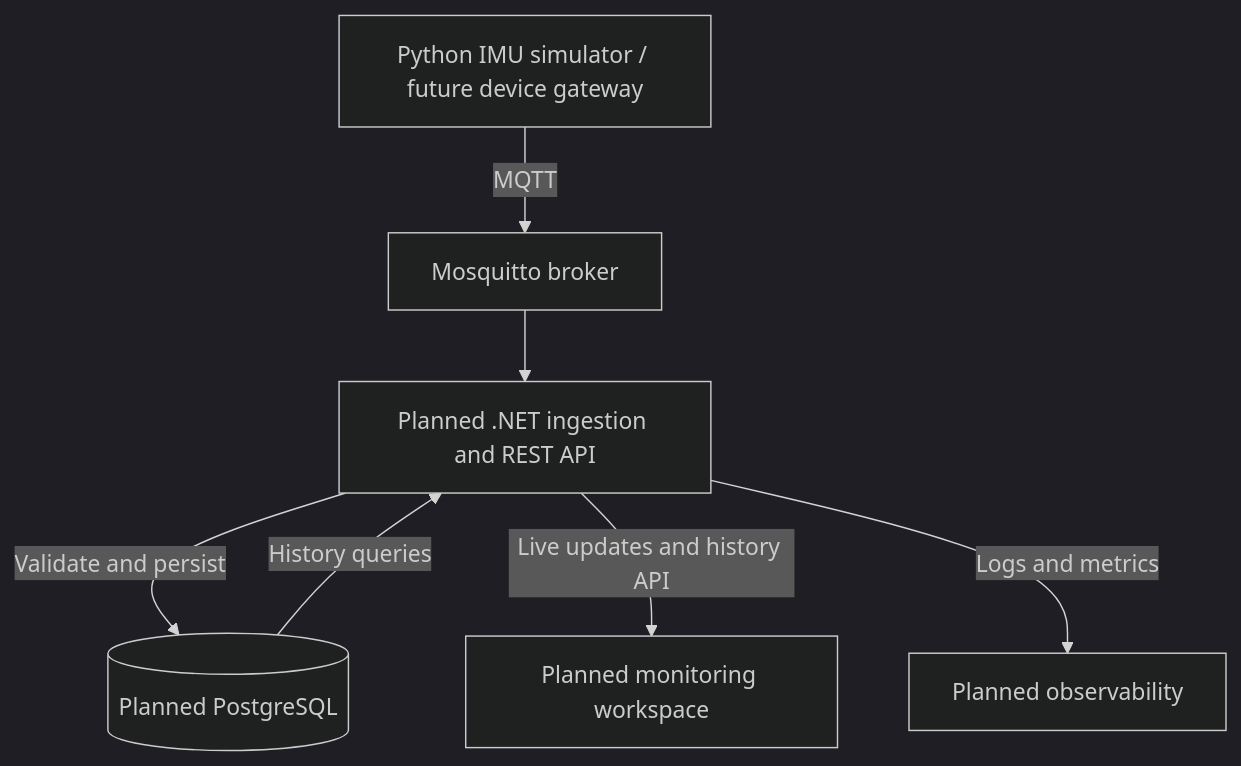
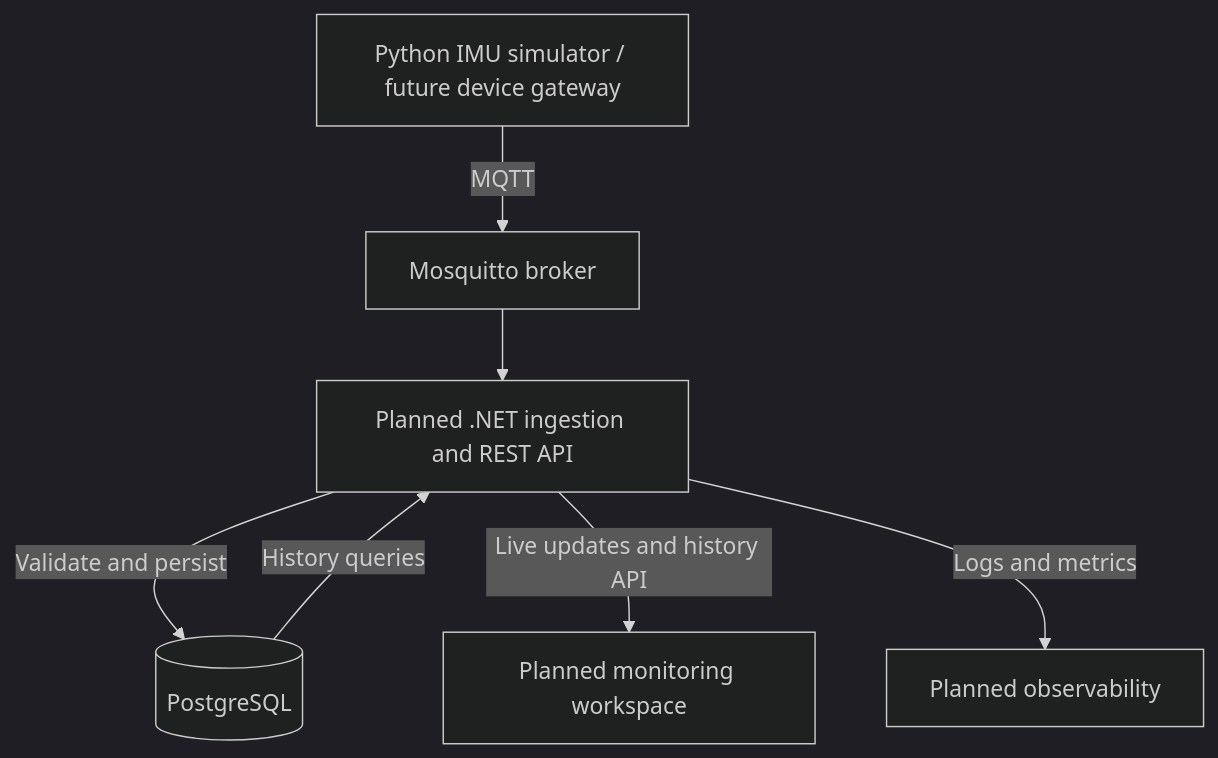
The diagram in README.md (huizi135/ConnectedMotionSensorPlatform), drawn with Mermaid (dark theme) before and after one commit. The commit also changed other lines of this file and 6 other files, not shown here.

Commit message:
feat: add PostgreSQL schema and persistence acceptance for Phase 2A

````diff
--- a/README.md
+++ b/README.md
@@ -75,9 +75,9 @@
 ```mermaid
 flowchart TD
     Sensor["Python IMU simulator / future device gateway"] -->|MQTT| Broker["Mosquitto broker"]
     Broker --> Backend["Planned .NET ingestion and REST API"]
-    Backend -->|Validate and persist| Database[("Planned PostgreSQL")]
+    Backend -->|Validate and persist| Database[("PostgreSQL")]
     Database -->|History queries| Backend
     Backend -->|Live updates and history API| UI["Planned monitoring workspace"]
     Backend -->|Logs and metrics| Diagnostics["Planned observability"]
 ```
````
